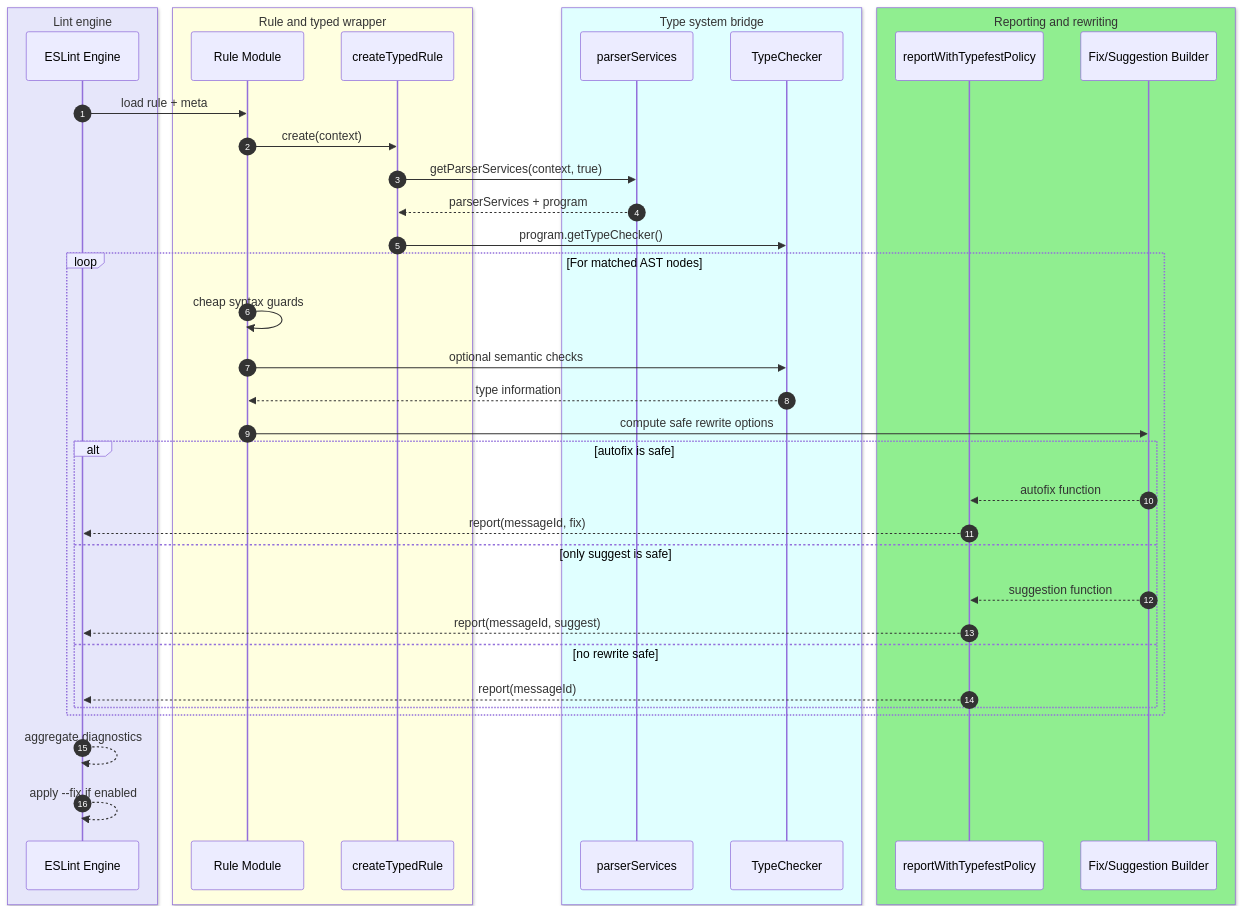
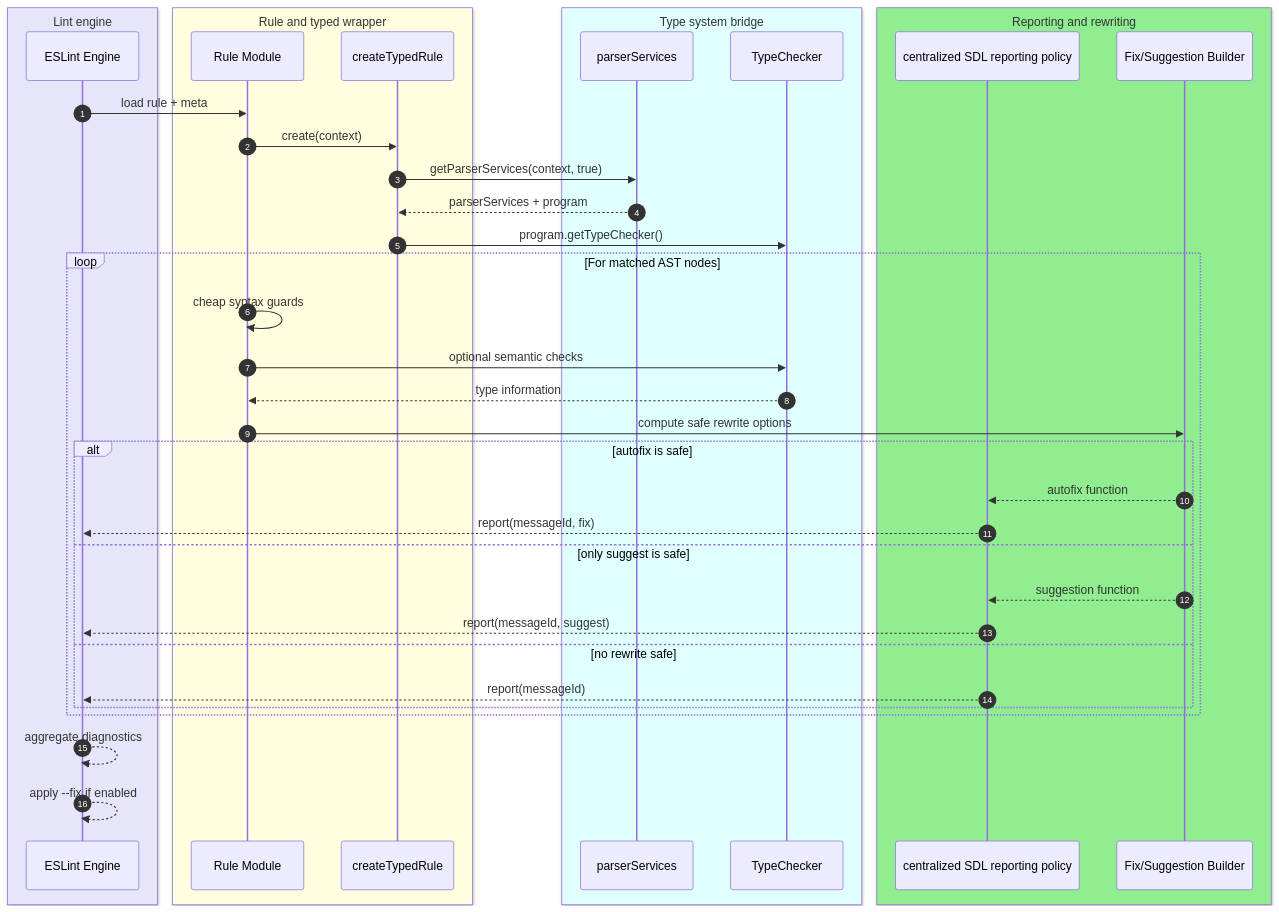
Before and after one commit to Nick2bad4u/eslint-plugin-SDL-2: the diagram in docs/docusaurus/site-docs/developer/charts/rule-lifecycle-and-autofix-flow.md, drawn with Mermaid. The commit also changed 705 other files, not shown here.

````diff
--- a/docs/docusaurus/site-docs/developer/charts/rule-lifecycle-and-autofix-flow.md
+++ b/docs/docusaurus/site-docs/developer/charts/rule-lifecycle-and-autofix-flow.md
@@ -11,44 +11,44 @@
 ```mermaid
 sequenceDiagram
     autonumber
     box Lavender Lint engine
     participant ESLint as ESLint Engine
     end
     box LightYellow Rule and typed wrapper
     participant Rule as Rule Module
     participant Typed as createTypedRule
     end
     box LightCyan Type system bridge
     participant Parser as parserServices
     participant TS as TypeChecker
     end
     box LightGreen Reporting and rewriting
-    participant Report as reportWithTypefestPolicy
+    participant Report as centralized SDL reporting policy
     participant Fix as Fix/Suggestion Builder
     end
 
     ESLint->>Rule: load rule + meta
     Rule->>Typed: create(context)
     Typed->>Parser: getParserServices(context, true)
     Parser-->>Typed: parserServices + program
     Typed->>TS: program.getTypeChecker()
 
     loop For matched AST nodes
         Rule->>Rule: cheap syntax guards
         Rule->>TS: optional semantic checks
         TS-->>Rule: type information
         Rule->>Fix: compute safe rewrite options
         alt autofix is safe
             Fix-->>Report: autofix function
             Report-->>ESLint: report(messageId, fix)
         else only suggest is safe
             Fix-->>Report: suggestion function
             Report-->>ESLint: report(messageId, suggest)
         else no rewrite safe
             Report-->>ESLint: report(messageId)
         end
     end
 
     ESLint-->>ESLint: aggregate diagnostics
     ESLint-->>ESLint: apply --fix if enabled
 ```
````
